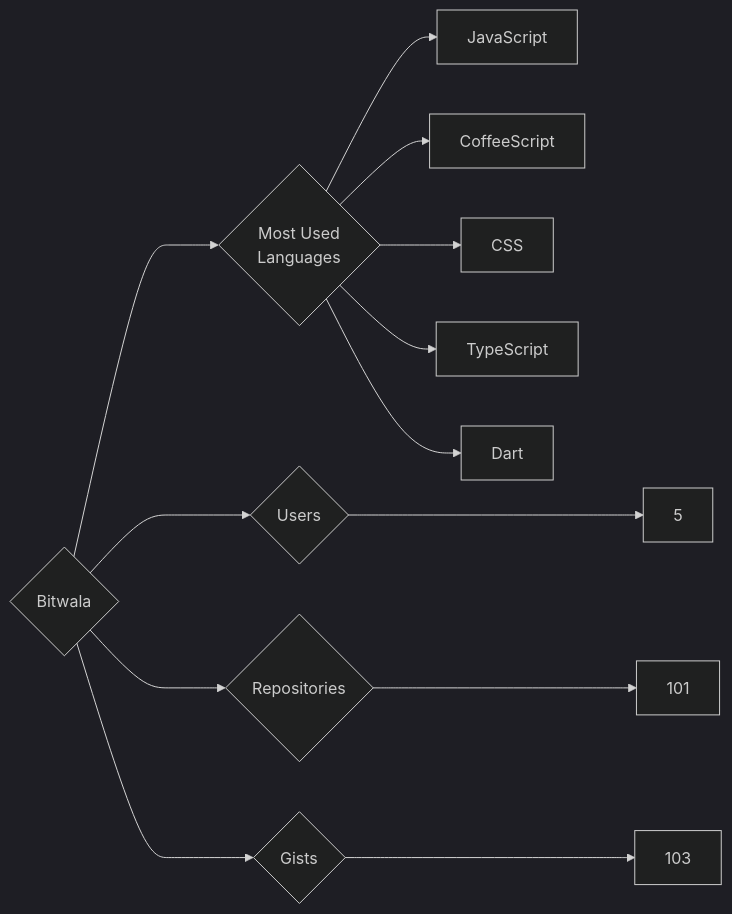
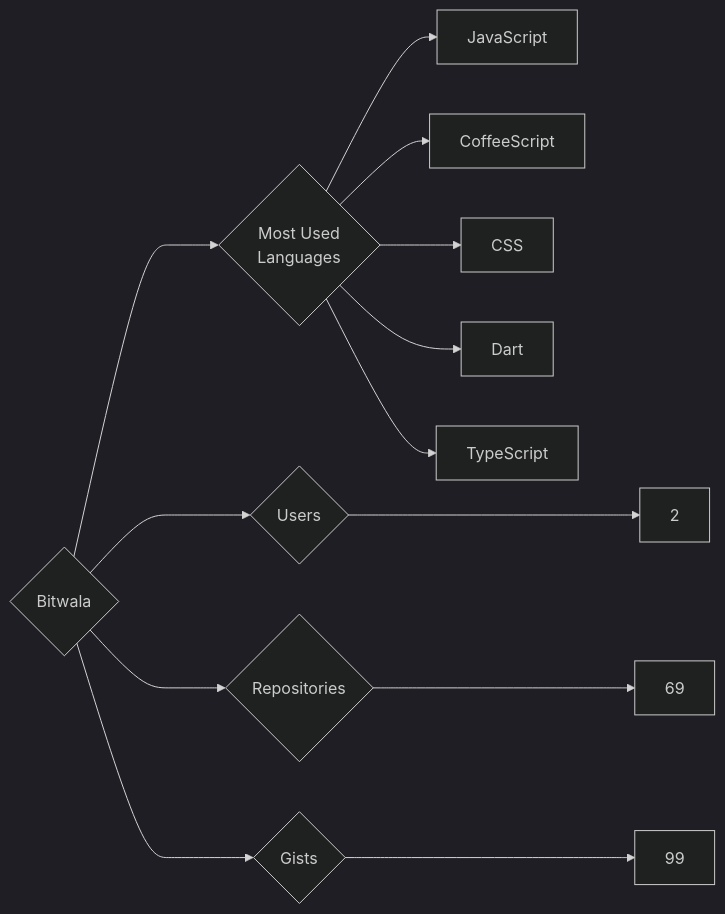
Before and after one commit to trickest/insiders: the diagram in targets/Bitwala/README.md, drawn with Mermaid (dark theme). The commit also changed 860 other files, not shown here.

````diff
--- a/targets/Bitwala/README.md
+++ b/targets/Bitwala/README.md
@@ -3,13 +3,13 @@
 ```mermaid
 graph LR
 COMPANY_NAME{Bitwala}
-COMPANY_NAME ---> U{Users} ---> UN[5]
-COMPANY_NAME ---> R{Repositories} ---> RN[101]
-COMPANY_NAME ---> G{Gists} ---> GN[103]
+COMPANY_NAME ---> U{Users} ---> UN[2]
+COMPANY_NAME ---> R{Repositories} ---> RN[69]
+COMPANY_NAME ---> G{Gists} ---> GN[99]
 COMPANY_NAME ---> ML{Most Used<br>Languages}
 ML --> JavaScript[JavaScript]
 ML --> CoffeeScript[CoffeeScript]
 ML --> CSS[CSS]
+ML --> Dart[Dart]
 ML --> TypeScript[TypeScript]
-ML --> Dart[Dart]
 ```
````
